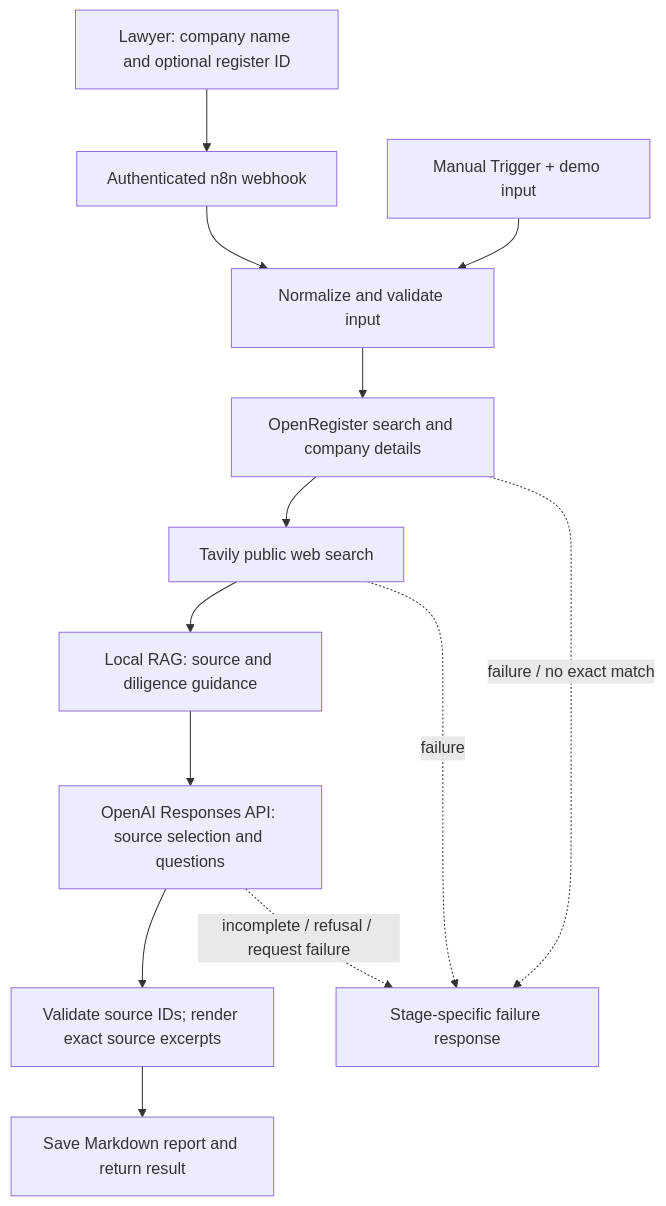
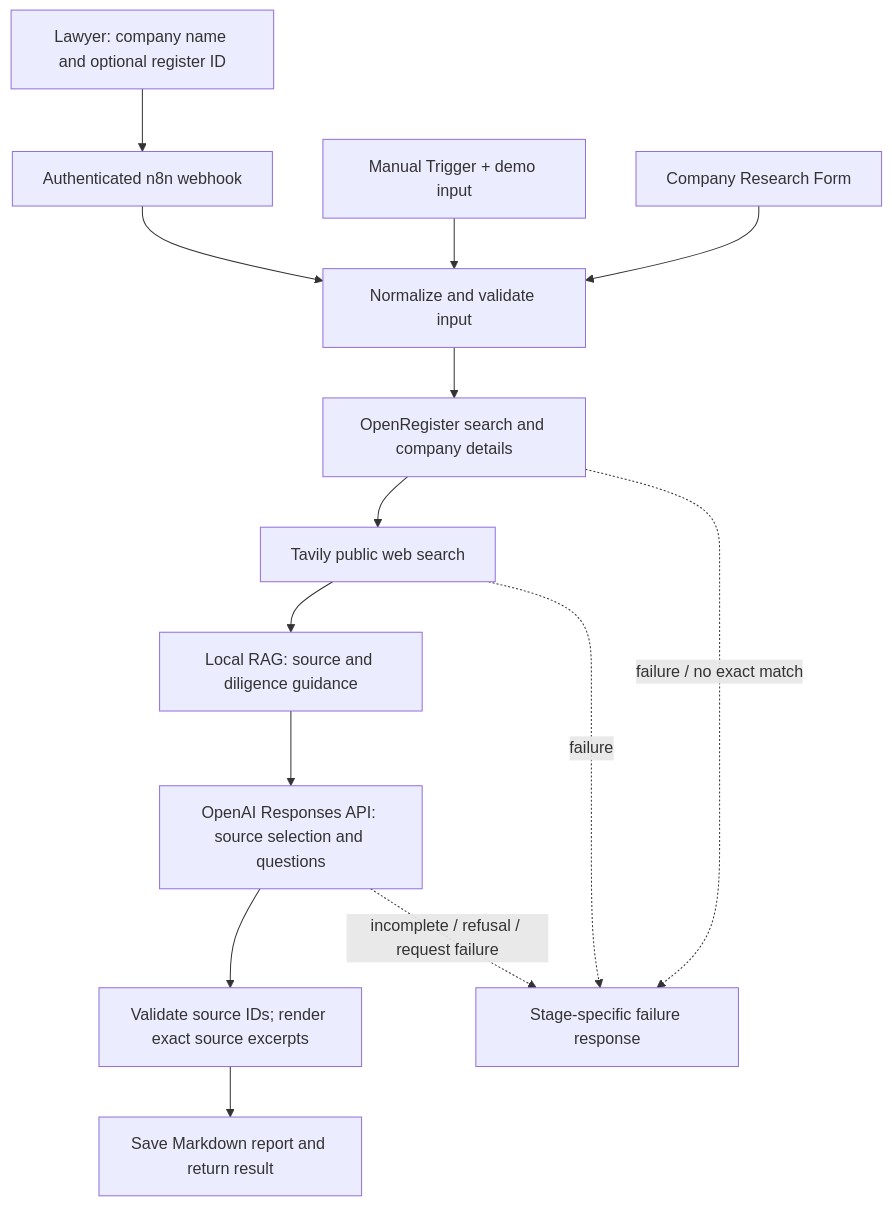
One commit to sean173-lang/INCEPT changed the diagram in projects/ironhack_project3/README.md. Above: the diagram before and after it, drawn with Mermaid. The commit also changed other lines of this file and 8 other files, not shown here.

````diff
--- a/projects/ironhack_project3/README.md
+++ b/projects/ironhack_project3/README.md
@@ -11,15 +11,16 @@
 ```mermaid
 flowchart TD
   U[Lawyer: company name and optional register ID] --> W[Authenticated n8n webhook]
   D[Manual Trigger + demo input] --> V[Normalize and validate input]
+  F[Company Research Form] --> V
   W --> V
   V --> O[OpenRegister search and company details]
   O --> T[Tavily public web search]
   T --> R[Local RAG: source and diligence guidance]
   R --> A[OpenAI Responses API: source selection and questions]
   A --> C[Validate source IDs; render exact source excerpts]
   C --> M[Save Markdown report and return result]
   O -. failure / no exact match .-> E[Stage-specific failure response]
   T -. failure .-> E
   A -. incomplete / refusal / request failure .-> E
 ```
````
